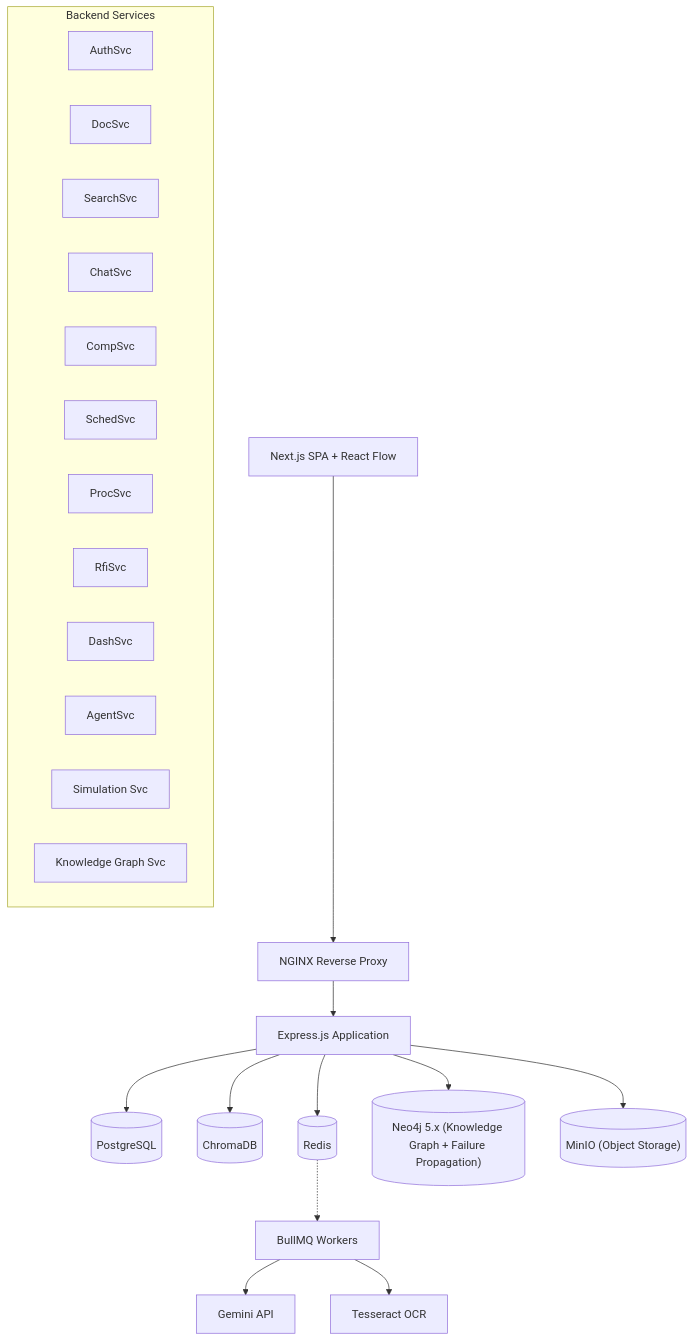
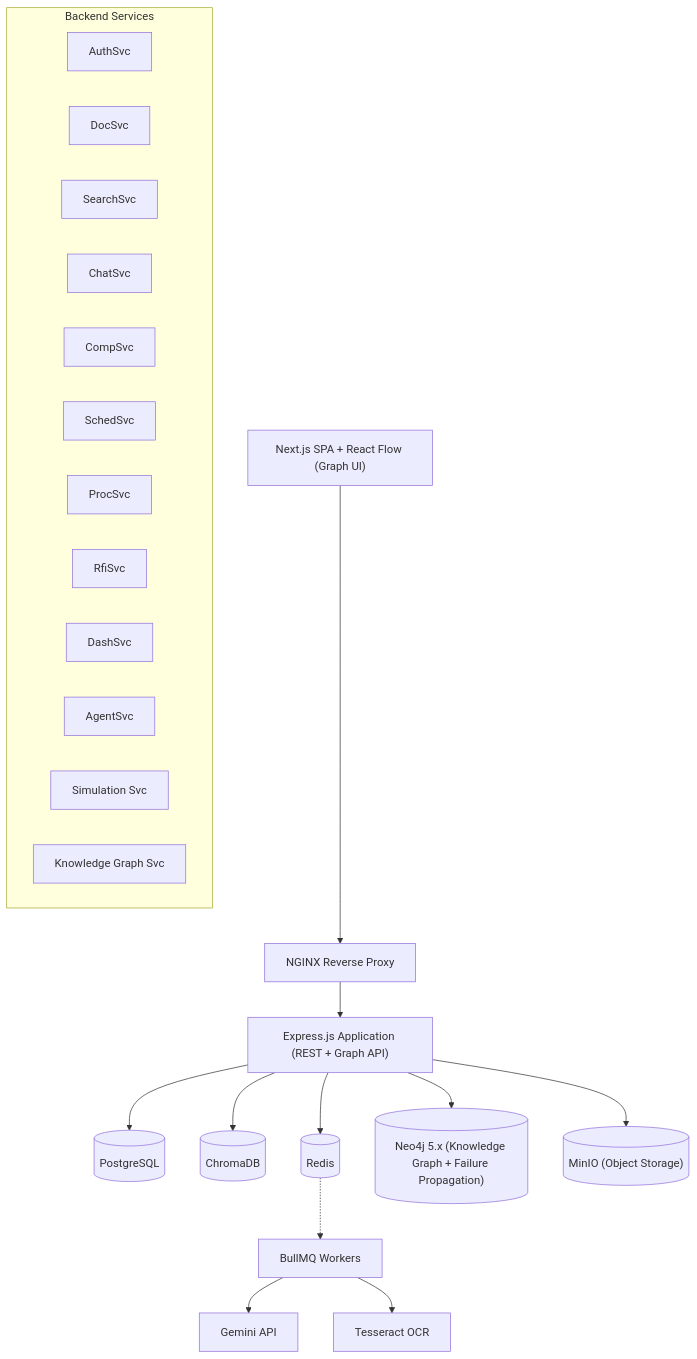
Before and after one commit to suryanshvermaa/DCBrain: the first of 2 diagrams in .ai/ARCHITECTURE.md, drawn with Mermaid. The commit also changed 24 other files, not shown here.

````diff
--- a/.ai/ARCHITECTURE.md
+++ b/.ai/ARCHITECTURE.md
@@ -7,30 +7,30 @@
 ```mermaid
 graph TD
-    Client["Next.js SPA + React Flow"] --> Nginx["NGINX Reverse Proxy"]
-    Nginx --> Backend["Express.js Application"]
+    Client["Next.js SPA + React Flow (Graph UI)"] --> Nginx["NGINX Reverse Proxy"]
+    Nginx --> Backend["Express.js Application (REST + Graph API)"]
     
     subgraph Backend_Services ["Backend Services"]
         AuthSvc
         DocSvc
         SearchSvc
         ChatSvc
         CompSvc
         SchedSvc
         ProcSvc
         RfiSvc
         DashSvc
         AgentSvc
         SimSvc["Simulation Svc"]
         GraphSvc["Knowledge Graph Svc"]
     end
     
     Backend --> PG[("PostgreSQL")]
     Backend --> Chroma[("ChromaDB")]
     Backend --> Redis[("Redis")]
     Backend --> GraphDB[("Neo4j 5.x (Knowledge Graph + Failure Propagation)")]
     Backend --> MinIO[("MinIO (Object Storage)")]
     
     Redis -.-> BackgroundWorkers["BullMQ Workers"]
     BackgroundWorkers --> Gemini["Gemini API"]
     BackgroundWorkers --> Tesseract["Tesseract OCR"]
 ```
````
